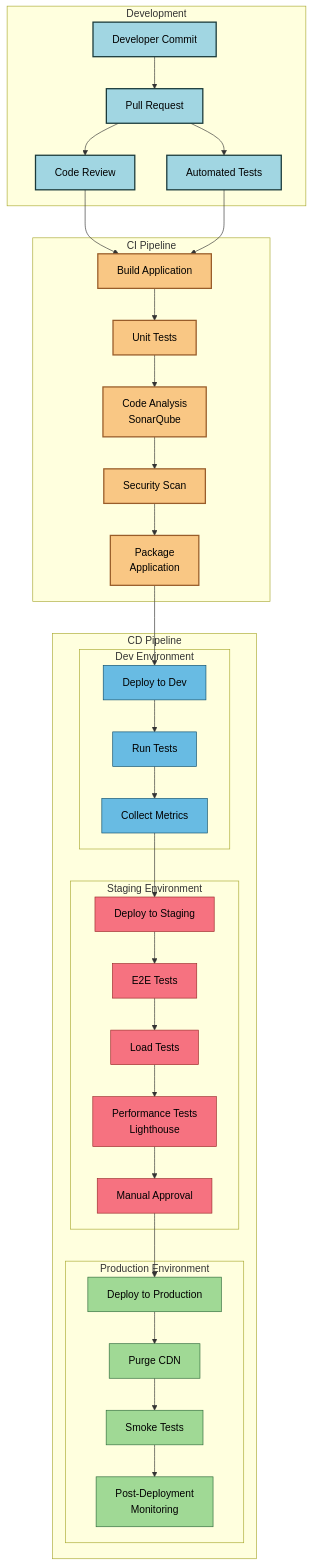
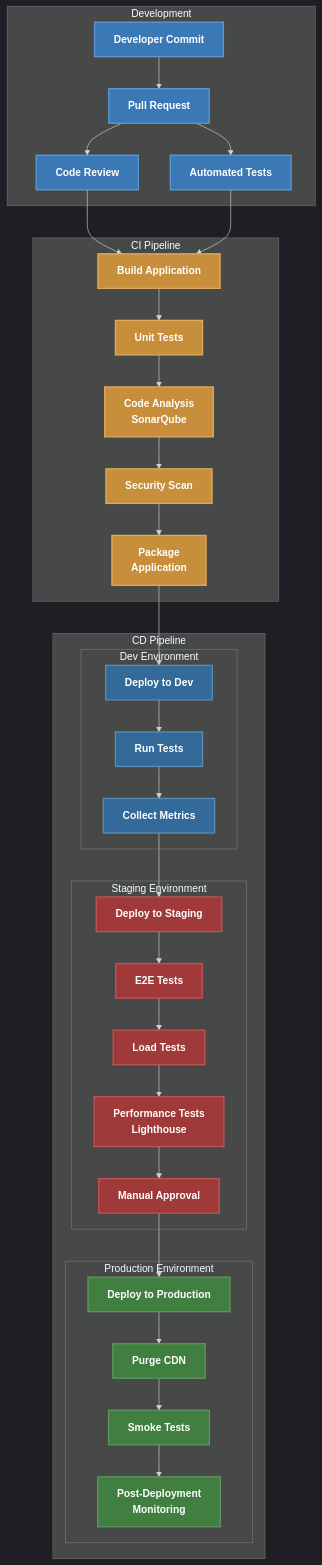
Before and after one commit to rjpxviii/azure-devops-automated-integration: the diagram in readme.md, drawn with Mermaid.

Commit message:
Refine chart theme

````diff
--- a/readme.md
+++ b/readme.md
@@ -6,80 +6,81 @@
 ```mermaid
+%%{init: {'theme': 'dark', 'themeVariables': { 'background': '#1e1e1e', 'primaryColor': '#2a2a2a' }}}%%
 flowchart TB
     subgraph "Development"
         Dev_Commit["Developer Commit"]
         PR["Pull Request"]
         Code_Review["Code Review"]
         Auto_Tests["Automated Tests"]
     end
     
     subgraph "CI Pipeline"
         Build["Build Application"]
         Unit_Tests["Unit Tests"]
         Code_Analysis["Code Analysis\nSonarQube"]
         Sec_Scan["Security Scan"]
         Package["Package\nApplication"]
     end
     
     subgraph "CD Pipeline"
         subgraph "Dev Environment"
             Dev_Deploy["Deploy to Dev"]
             Dev_Tests["Run Tests"]
             Dev_Metrics["Collect Metrics"]
         end
         
         subgraph "Staging Environment"
             Staging_Deploy["Deploy to Staging"]
             E2E_Tests["E2E Tests"]
             Load_Tests["Load Tests"]
             Perf_Tests["Performance Tests\nLighthouse"]
             Stage_Approval["Manual Approval"]
         end
         
         subgraph "Production Environment"
             Prod_Deploy["Deploy to Production"]
             CDN_Purge["Purge CDN"]
             Smoke_Tests["Smoke Tests"]
             Monitoring["Post-Deployment\nMonitoring"]
         end
     end
     
     Dev_Commit --> PR
     PR --> Code_Review
     PR --> Auto_Tests
     Code_Review --> Build
     Auto_Tests --> Build
     
     Build --> Unit_Tests
     Unit_Tests --> Code_Analysis
     Code_Analysis --> Sec_Scan
     Sec_Scan --> Package
     
     Package --> Dev_Deploy
     Dev_Deploy --> Dev_Tests
     Dev_Tests --> Dev_Metrics
     Dev_Metrics --> Staging_Deploy
     
     Staging_Deploy --> E2E_Tests
     E2E_Tests --> Load_Tests
     Load_Tests --> Perf_Tests
     Perf_Tests --> Stage_Approval
     Stage_Approval --> Prod_Deploy
     
     Prod_Deploy --> CDN_Purge
     CDN_Purge --> Smoke_Tests
     Smoke_Tests --> Monitoring
     
-    classDef devphase fill:#A1D6E2,stroke:#1A3A3A,stroke-width:2px,color:#000000
-    classDef ciphase fill:#F9C784,stroke:#995D2A,stroke-width:2px,color:#000000
-    classDef cdphase fill:#C3E8BD,stroke:#2F6D3A,stroke-width:2px,color:#000000
-    classDef devenv fill:#68BBE3,stroke:#0E4E6C,stroke-width:1px,color:#000000
-    classDef stageenv fill:#F67280,stroke:#9A2A2A,stroke-width:1px,color:#000000
-    classDef prodenv fill:#A0D995,stroke:#2D6A3A,stroke-width:1px,color:#000000
+    classDef devphase fill:#3B78B6,stroke:#5E9AD1,stroke-width:2px,color:#FFFFFF,font-weight:bold
+    classDef ciphase fill:#C78F3C,stroke:#E1A95B,stroke-width:2px,color:#FFFFFF,font-weight:bold
+    classDef cdphase fill:#3D9250,stroke:#60AD71,stroke-width:2px,color:#FFFFFF,font-weight:bold
+    classDef devenv fill:#336A99,stroke:#5D8BB1,stroke-width:2px,color:#FFFFFF
+    classDef stageenv fill:#A03939,stroke:#C15454,stroke-width:2px,color:#FFFFFF
+    classDef prodenv fill:#407F40,stroke:#609460,stroke-width:2px,color:#FFFFFF
     
     class Dev_Commit,PR,Code_Review,Auto_Tests devphase
     class Build,Unit_Tests,Code_Analysis,Sec_Scan,Package ciphase
     class Dev_Deploy,Dev_Tests,Dev_Metrics,Staging_Deploy,E2E_Tests,Load_Tests,Perf_Tests,Stage_Approval,Prod_Deploy,CDN_Purge,Smoke_Tests,Monitoring cdphase
     class Dev_Deploy,Dev_Tests,Dev_Metrics devenv
     class Staging_Deploy,E2E_Tests,Load_Tests,Perf_Tests,Stage_Approval stageenv
     class Prod_Deploy,CDN_Purge,Smoke_Tests,Monitoring prodenv
 ```
````
